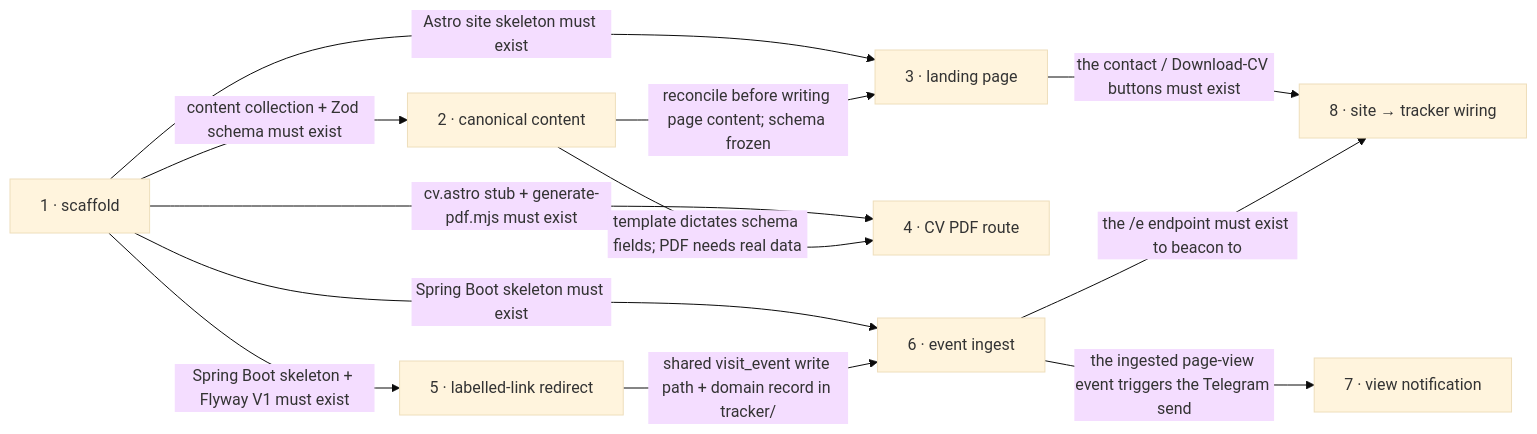
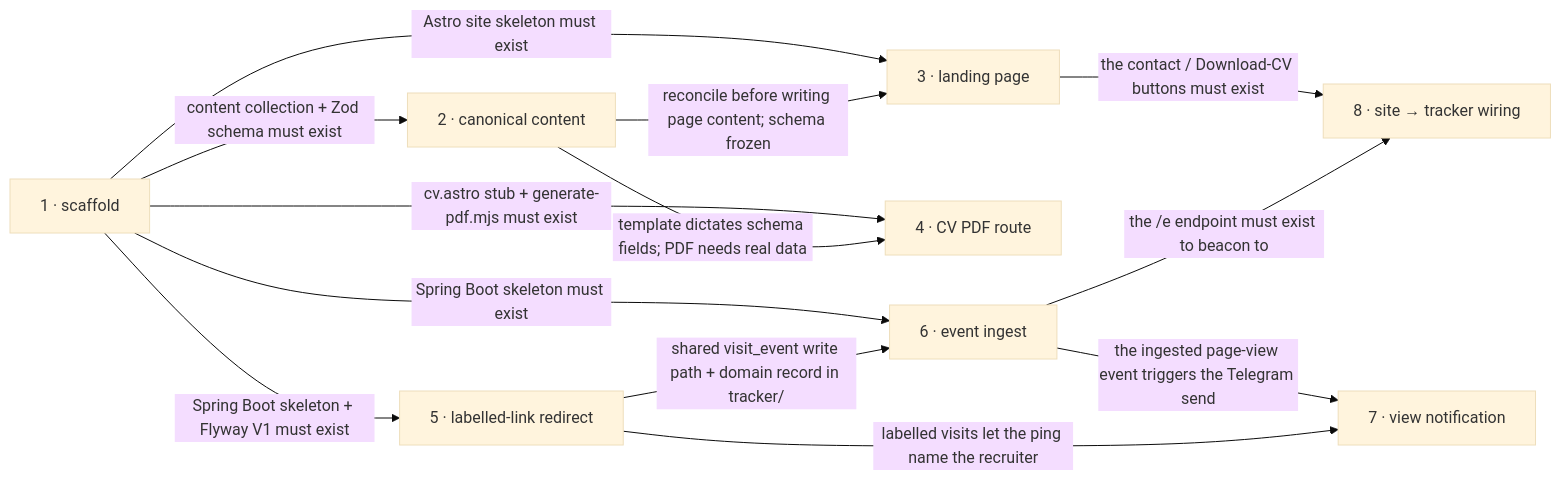
One commit to financeasist/personal-page changed the diagram in docs/roadmap.md. Above: the diagram before and after it, drawn with Mermaid (base theme). The commit also changed other lines of this file, not shown here.

First line of the commit message:
roadmap: make the view notification fire on every visit

````diff
--- a/docs/roadmap.md
+++ b/docs/roadmap.md
@@ -71,23 +71,24 @@
 ```mermaid
 flowchart LR
   s1["1 · scaffold"]
   s2["2 · canonical content"]
   s3["3 · landing page"]
   s4["4 · CV PDF route"]
   s5["5 · labelled-link redirect"]
   s6["6 · event ingest"]
   s7["7 · view notification"]
   s8["8 · site → tracker wiring"]
 
   s1 -->|"content collection + Zod schema must exist"| s2
   s1 -->|"Astro site skeleton must exist"| s3
   s1 -->|"cv.astro stub + generate-pdf.mjs must exist"| s4
   s1 -->|"Spring Boot skeleton + Flyway V1 must exist"| s5
   s1 -->|"Spring Boot skeleton must exist"| s6
   s2 -->|"reconcile before writing page content; schema frozen"| s3
   s2 -->|"template dictates schema fields; PDF needs real data"| s4
   s5 -->|"shared visit_event write path + domain record in tracker/"| s6
   s6 -->|"the ingested page-view event triggers the Telegram send"| s7
+  s5 -->|"labelled visits let the ping name the recruiter"| s7
   s3 -->|"the contact / Download-CV buttons must exist"| s8
   s6 -->|"the /e endpoint must exist to beacon to"| s8
 ```
````
